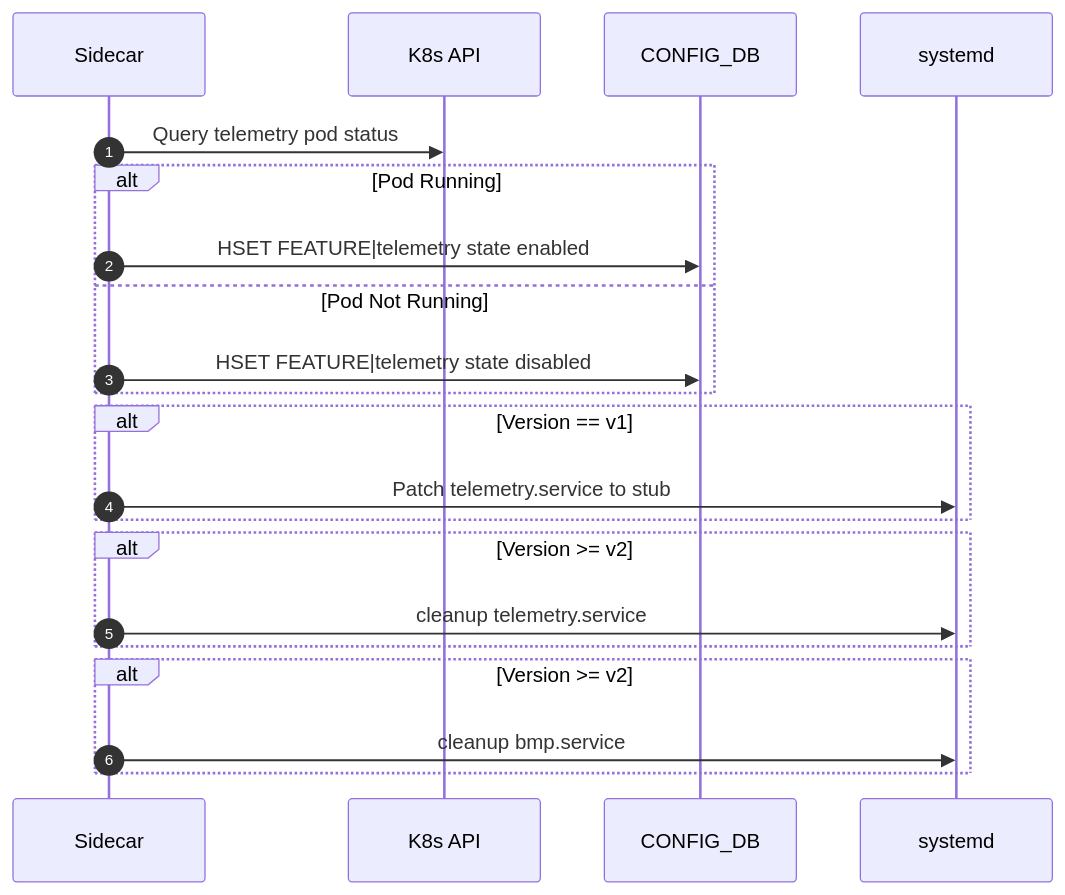
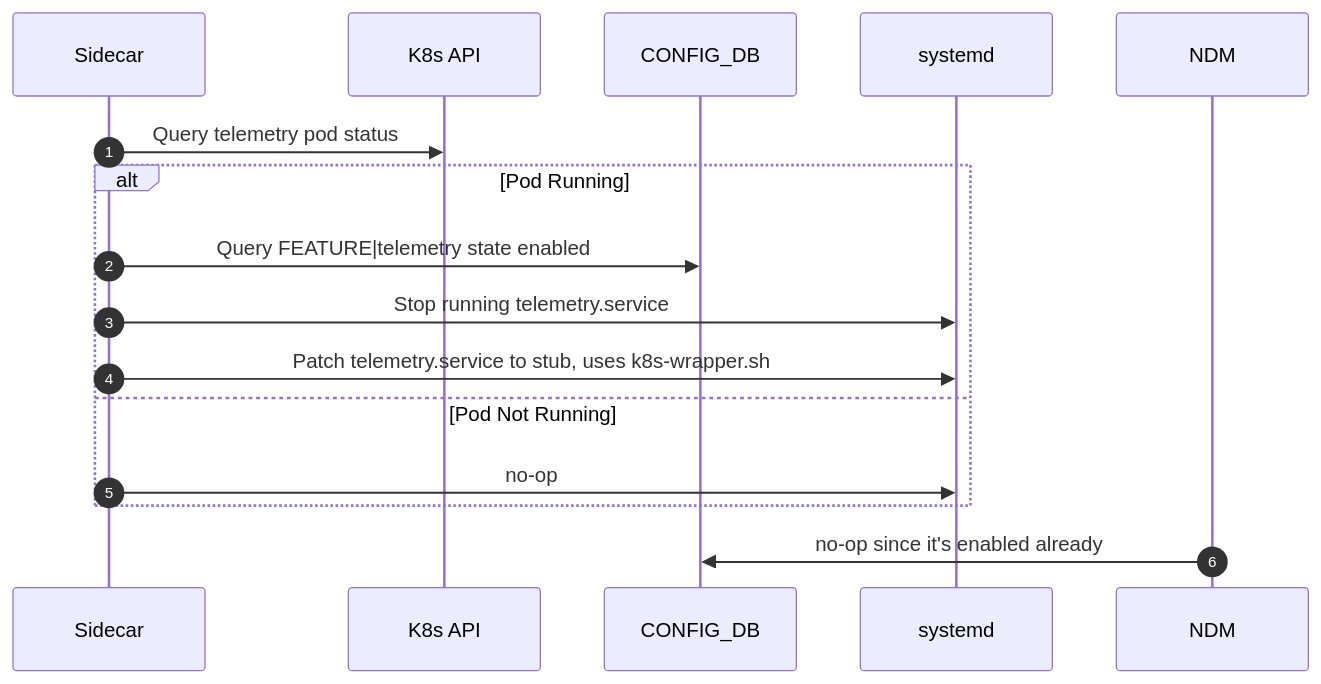
Before and after one commit to sonic-net/SONiC: the first of 3 diagrams in doc/bmp/k8s_migration_design.md, drawn with Mermaid. The commit also changed other lines of this file, not shown here.

````diff
--- a/doc/bmp/k8s_migration_design.md
+++ b/doc/bmp/k8s_migration_design.md
@@ -175,24 +49,19 @@
 ```mermaid
 sequenceDiagram
     autonumber
     participant Sidecar
     participant K8s API
     participant CONFIG_DB
     participant systemd
+    participant NDM
 
     Sidecar->>K8s API: Query telemetry pod status
     alt Pod Running
-        Sidecar->>CONFIG_DB: HSET FEATURE|telemetry state enabled
+        Sidecar->>CONFIG_DB: Query FEATURE|telemetry state enabled
+        Sidecar->>systemd: Stop running telemetry.service
+        Sidecar->>systemd: Patch telemetry.service to stub, uses k8s-wrapper.sh
     else Pod Not Running
-        Sidecar->>CONFIG_DB: HSET FEATURE|telemetry state disabled
+        Sidecar->>systemd: no-op
     end
-    alt Version == v1
-        Sidecar->>systemd: Patch telemetry.service to stub
-    end
-    alt Version >= v2
-        Sidecar->>systemd: cleanup telemetry.service
-    end
-    alt Version >= v2
-        Sidecar->>systemd: cleanup bmp.service
-    end
+    NDM->>CONFIG_DB: no-op since it's enabled already
 ```
````
